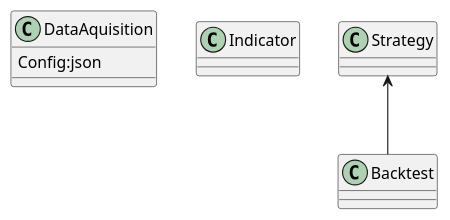
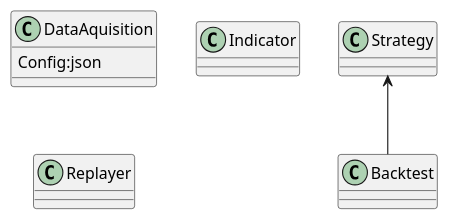
The diagram in plan.plantuml (CiaranWelsh/trading-python), drawn with PlantUML before and after one commit. The commit also changed 12 other files, not shown here.

```diff
--- a/plan.plantuml
+++ b/plan.plantuml
@@ -1,25 +1,27 @@
 @startuml
 
 
 
 class DataAquisition {
     Config:json
 }
 
 class Indicator
 class Strategy 
 class Backtest 
 
 Strategy <-- Backtest
 
 
 
-
+class Replayer
+class Backtest
+class Strategy
 
 
 
 
 
 
 
 @enduml
```
